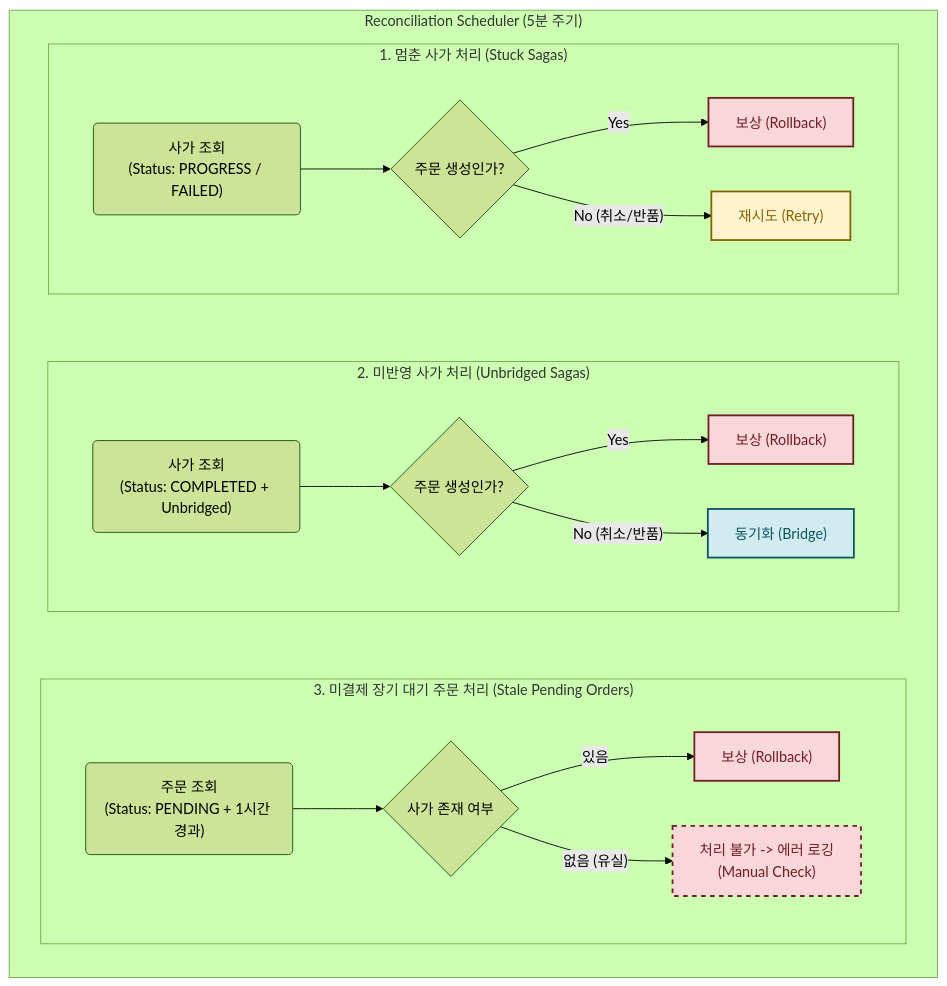
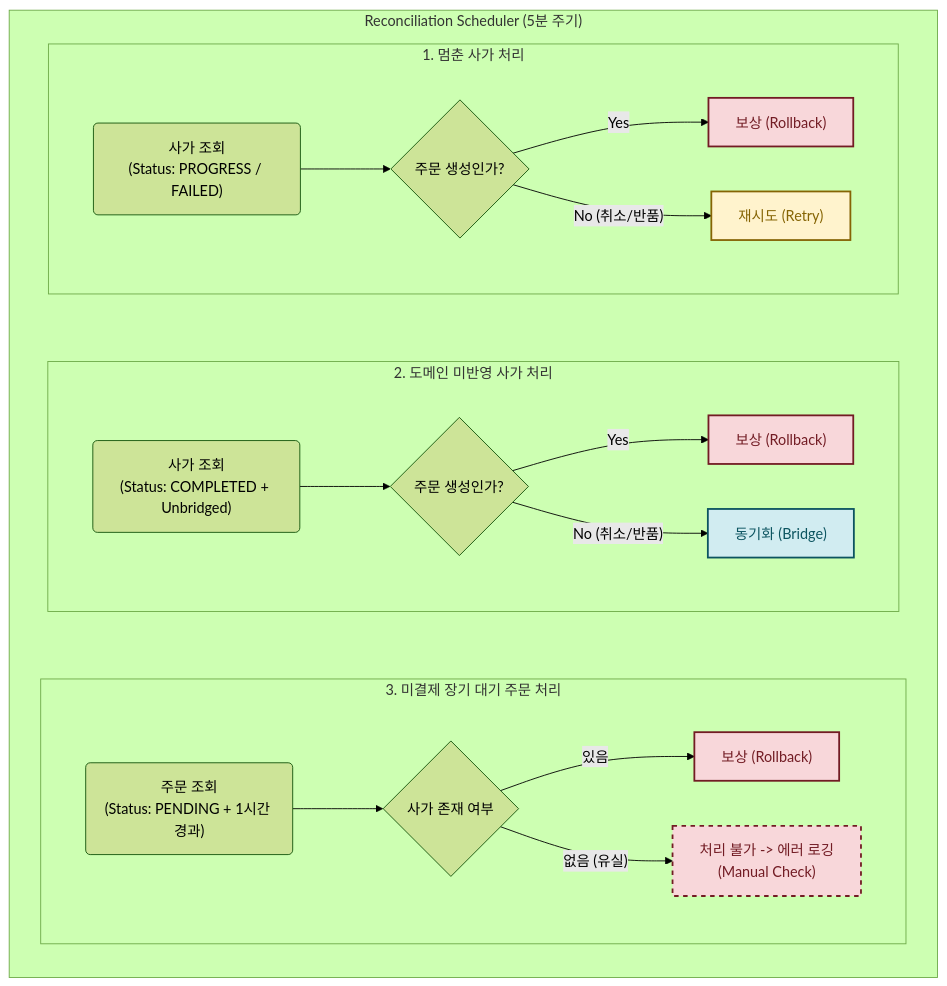
Before and after one commit to Splleat/Trillion-Order: the first of 2 diagrams in docs/wiki/Scheduling.md, drawn with Mermaid (forest theme). The commit also changed other lines of this file and 1 other file, not shown here.

Commit message:
docs:Wiki 파일 목차 URL 수정

````diff
--- a/docs/wiki/Scheduling.md
+++ b/docs/wiki/Scheduling.md
@@ -113,35 +113,32 @@
 ```mermaid
 flowchart TD
     subgraph Scheduler["Reconciliation Scheduler (5분 주기)"]
         direction TB
 
-        %% Loop 1: 멈춘 사가 처리
-        subgraph Loop1 ["1. 멈춘 사가 처리 (Stuck Sagas)"]
+        subgraph Loop1 ["1. 멈춘 사가 처리"]
             Start1("사가 조회<br/>(Status: PROGRESS / FAILED)") --> IsCreate1{"주문 생성인가?"}
             IsCreate1 -- Yes --> ActionRollback1["보상 (Rollback)"]:::rollback
             IsCreate1 -- "No (취소/반품)" --> ActionRetry["재시도 (Retry)"]:::retry
         end
 
-        %% Loop 2: 미반영 사가 처리
-        subgraph Loop2 ["2. 미반영 사가 처리 (Unbridged Sagas)"]
+        subgraph Loop2 ["2. 도메인 미반영 사가 처리"]
             Start2("사가 조회<br/>(Status: COMPLETED + Unbridged)") --> IsCreate2{"주문 생성인가?"}
             IsCreate2 -- Yes --> ActionRollback2["보상 (Rollback)"]:::rollback
             IsCreate2 -- "No (취소/반품)" --> ActionBridge["동기화 (Bridge)"]:::bridge
         end
 
-        %% Loop 3: 미결제 장기 대기 주문 처리
-        subgraph Loop3 ["3. 미결제 장기 대기 주문 처리 (Stale Pending Orders)"]
+        subgraph Loop3 ["3. 미결제 장기 대기 주문 처리"]
             Start3("주문 조회<br/>(Status: PENDING + 1시간 경과)") --> FindSaga{"사가 존재 여부"}
             FindSaga -- "있음" --> ActionRollback3["보상 (Rollback)"]:::rollback
             FindSaga -- "없음 (유실)" --> ActionLog["처리 불가 -> 에러 로깅<br/>(Manual Check)"]:::alert
         end
         
         Loop1 ~~~ Loop2 ~~~ Loop3
     end
 
     classDef rollback fill:#f8d7da,stroke:#721c24,color:#721c24,stroke-width:2px;
     classDef retry fill:#fff3cd,stroke:#856404,color:#856404,stroke-width:2px;
     classDef bridge fill:#d1ecf1,stroke:#0c5460,color:#0c5460,stroke-width:2px;
     classDef safe fill:#d4edda,stroke:#155724,color:#155724,stroke-width:2px;
     classDef alert fill:#f8d7da,stroke:#721c24,color:#721c24,stroke-width:2px,stroke-dasharray: 5 5;
 ```
````
